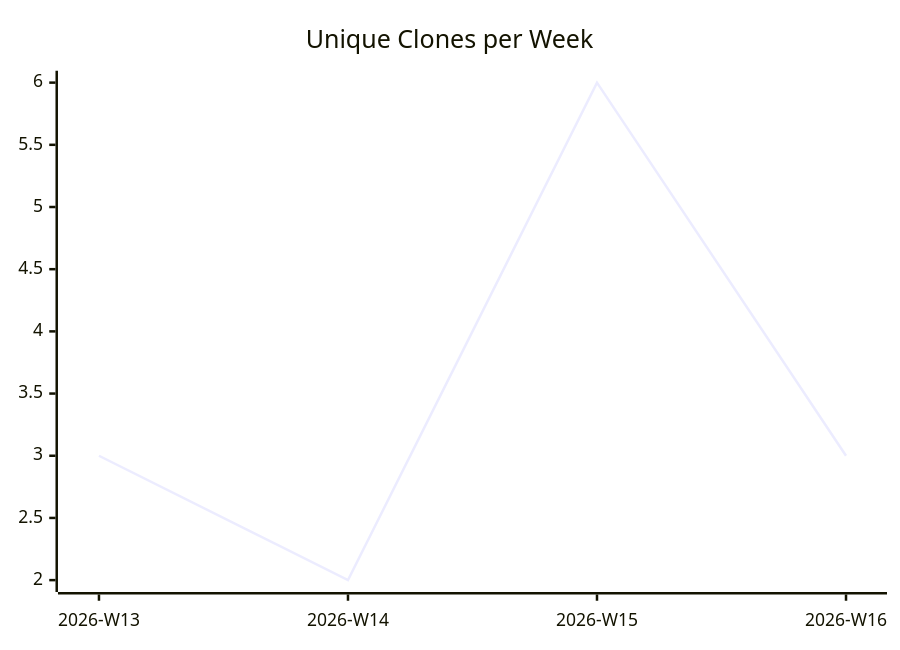
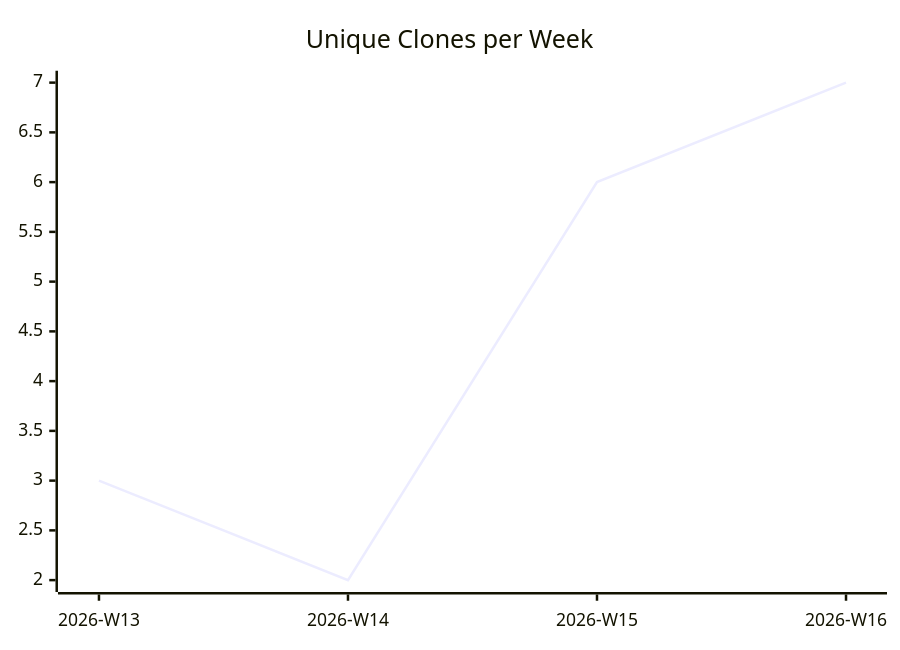
Before and after one commit to justdavis-family/github-analytics-data: the third of 3 diagrams in karlmdavis/justdavis-ansible/README.md, drawn with Mermaid. The commit also changed other lines of this file and 190 other files, not shown here.

````diff
--- a/karlmdavis/justdavis-ansible/README.md
+++ b/karlmdavis/justdavis-ansible/README.md
@@ -19,6 +19,6 @@
 ```mermaid
 xychart-beta
   title "Unique Clones per Week"
   x-axis ["2026-W13", "2026-W14", "2026-W15", "2026-W16"]
-  line [3, 2, 6, 3]
+  line [3, 2, 6, 7]
 ```
````
